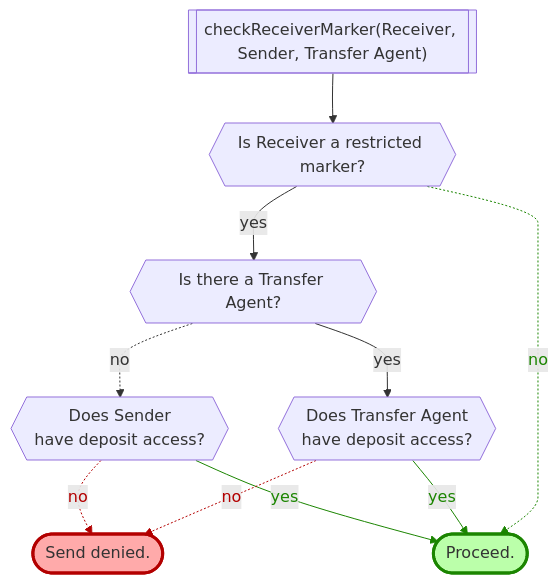
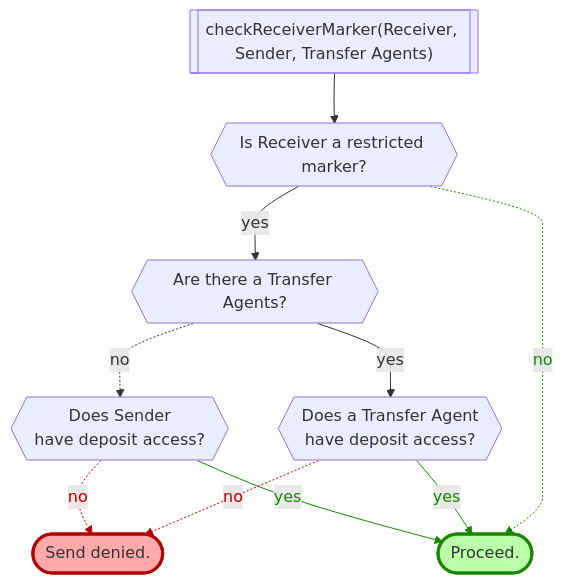
One commit to provenance-io/provenance changed the third of 8 diagrams in x/marker/spec/12_transfers.md. Above: the diagram before and after it, drawn with Mermaid. The commit also changed other lines of this file, not shown here.

Commit message:
[2137]: Update marker flowcharts to reflect the possibility of multiple admins.

````diff
--- a/x/marker/spec/12_transfers.md
+++ b/x/marker/spec/12_transfers.md
@@ -192,24 +189,24 @@
 ```mermaid
 %%{ init: { 'flowchart': { 'curve': 'monotoneY'} } }%%
 flowchart TD
-    start[["checkReceiverMarker(Receiver, Sender, Transfer Agent)"]]
+    start[["checkReceiverMarker(Receiver, Sender, Transfer Agents)"]]
     issm{{"Is Receiver a restricted marker?"}}
-    haveta{{"Is there a Transfer Agent?"}}
+    haveta{{"Are there a Transfer Agents?"}}
     isrd{{"Does Sender\nhave deposit access?"}}
-    istad{{"Does Transfer Agent\nhave deposit access?"}}
+    istad{{"Does a Transfer Agent\nhave deposit access?"}}
     ok(["Proceed."])
     style ok fill:#bbffaa,stroke:#1b8500,stroke-width:3px
     denied(["Send denied."])
     style denied fill:#ffaaaa,stroke:#b30000,stroke-width:3px
     start --> issm
     issm -->|yes| haveta
     haveta -.->|no| isrd
     haveta -->|yes| istad
     isrd -.->|no| denied
     isrd -->|yes| ok
     istad -.->|no| denied
     istad -->|yes| ok
     issm -.->|no| ok
     linkStyle 4,6 stroke:#b30000,color:#b30000
     linkStyle 5,7,8 stroke:#1b8500,color:#1b8500
 ```
````
